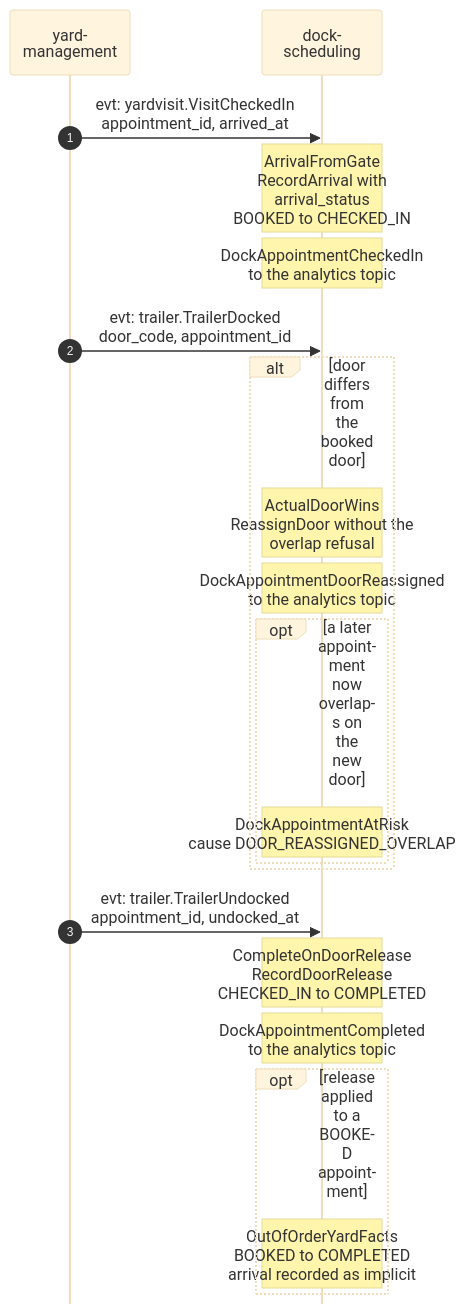
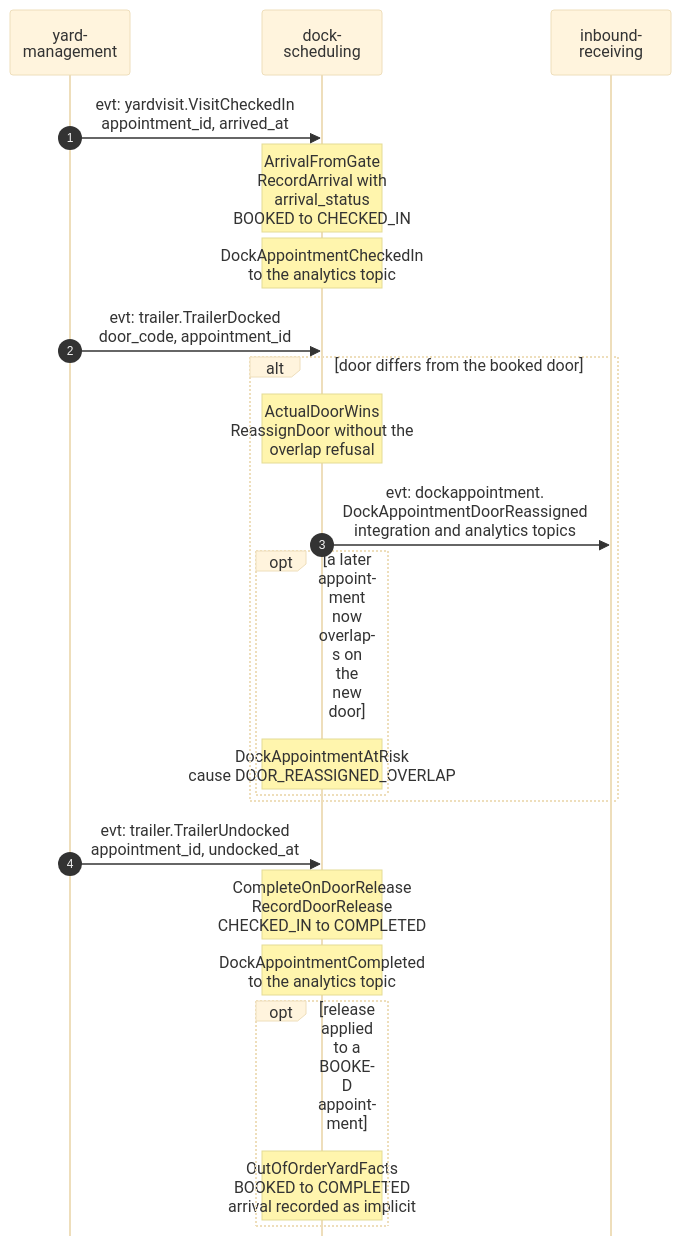
One commit to IQVO/warehouse-docs changed the second of 4 diagrams in yard/docs/contexts/dock-scheduling/domain-message-flow.md. Above: the diagram before and after it, drawn with Mermaid (base theme). The commit also changed other lines of this file and 51 other files, not shown here.

````diff
--- a/yard/docs/contexts/dock-scheduling/domain-message-flow.md
+++ b/yard/docs/contexts/dock-scheduling/domain-message-flow.md
@@ -65,24 +69,25 @@
 ```mermaid
 %%{init: {"sequence": {"wrap": true, "width": 120, "actorMargin": 24, "messageMargin": 28, "boxMargin": 6, "noteMargin": 6, "mirrorActors": false}}}%%
 sequenceDiagram
     autonumber
     participant YM as yard-<br/>management
     participant DS as dock-<br/>scheduling
+    participant IR as inbound-<br/>receiving
     YM->>DS: evt: yardvisit.VisitCheckedIn<br/>appointment_id, arrived_at
     Note over DS: ArrivalFromGate<br/>RecordArrival with<br/>arrival_status<br/>BOOKED to CHECKED_IN
     Note over DS: DockAppointmentCheckedIn<br/>to the analytics topic
     YM->>DS: evt: trailer.TrailerDocked<br/>door_code, appointment_id
     alt door differs from the booked door
         Note over DS: ActualDoorWins<br/>ReassignDoor without the<br/>overlap refusal
-        Note over DS: DockAppointmentDoorReassigned<br/>to the analytics topic
+        DS->>IR: evt: dockappointment.<br/>DockAppointmentDoorReassigned<br/>integration and analytics topics
         opt a later appointment now overlaps on the new door
             Note over DS: DockAppointmentAtRisk<br/>cause DOOR_REASSIGNED_OVERLAP
         end
     end
     YM->>DS: evt: trailer.TrailerUndocked<br/>appointment_id, undocked_at
     Note over DS: CompleteOnDoorRelease<br/>RecordDoorRelease<br/>CHECKED_IN to COMPLETED
     Note over DS: DockAppointmentCompleted<br/>to the analytics topic
     opt release applied to a BOOKED appointment
         Note over DS: OutOfOrderYardFacts<br/>BOOKED to COMPLETED<br/>arrival recorded as implicit
     end
 ```
````
